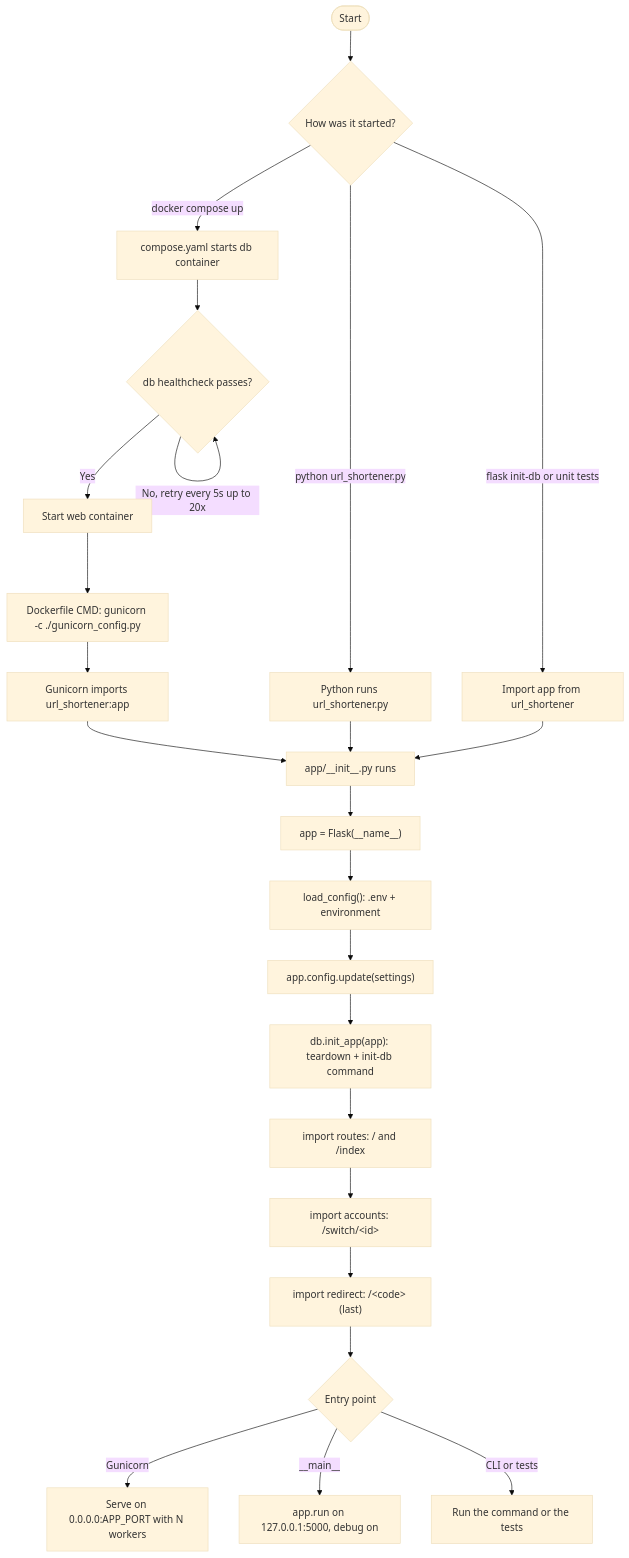
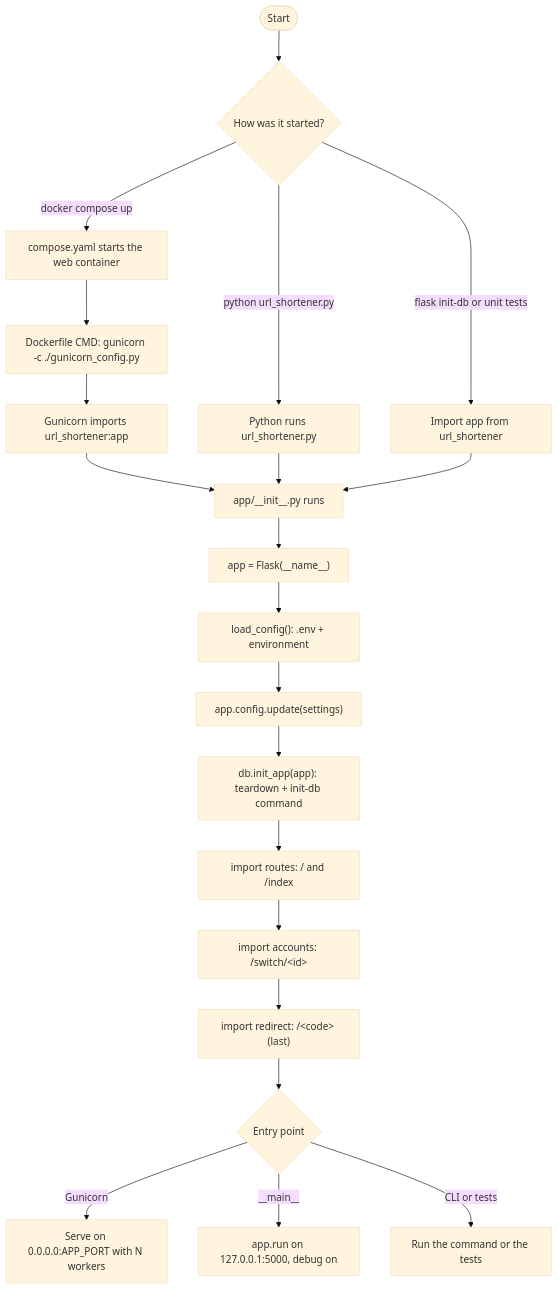
One commit to GreenDAS/url_shortener changed the first of 2 diagrams in docs/specs/app-startup.md. Above: the diagram before and after it, drawn with Mermaid (base theme). The commit also changed other lines of this file and 6 other files, not shown here.

````diff
--- a/docs/specs/app-startup.md
+++ b/docs/specs/app-startup.md
@@ -74,26 +74,23 @@
 ```mermaid
 flowchart TD
     A([Start]) --> B{How was it started?}
-    B -->|docker compose up| C[compose.yaml starts db container]
-    C --> D{db healthcheck passes?}
-    D -->|No, retry every 5s up to 20x| D
-    D -->|Yes| E[Start web container]
+    B -->|docker compose up| E[compose.yaml starts the web container]
     E --> F["Dockerfile CMD: gunicorn -c ./gunicorn_config.py"]
     F --> G["Gunicorn imports url_shortener:app"]
     B -->|python url_shortener.py| G2["Python runs url_shortener.py"]
     B -->|flask init-db or unit tests| G3["Import app from url_shortener"]
     G --> H
     G2 --> H
     G3 --> H
     H["app/__init__.py runs"] --> I["app = Flask(__name__)"]
     I --> J["load_config(): .env + environment"]
     J --> K["app.config.update(settings)"]
     K --> L["db.init_app(app): teardown + init-db command"]
     L --> M["import routes: / and /index"]
     M --> N["import accounts: /switch/&lt;id&gt;"]
     N --> O["import redirect: /&lt;code&gt; (last)"]
     O --> P{Entry point}
     P -->|Gunicorn| Q["Serve on 0.0.0.0:APP_PORT with N workers"]
     P -->|__main__| R["app.run on 127.0.0.1:5000, debug on"]
     P -->|CLI or tests| S["Run the command or the tests"]
 ```
````
